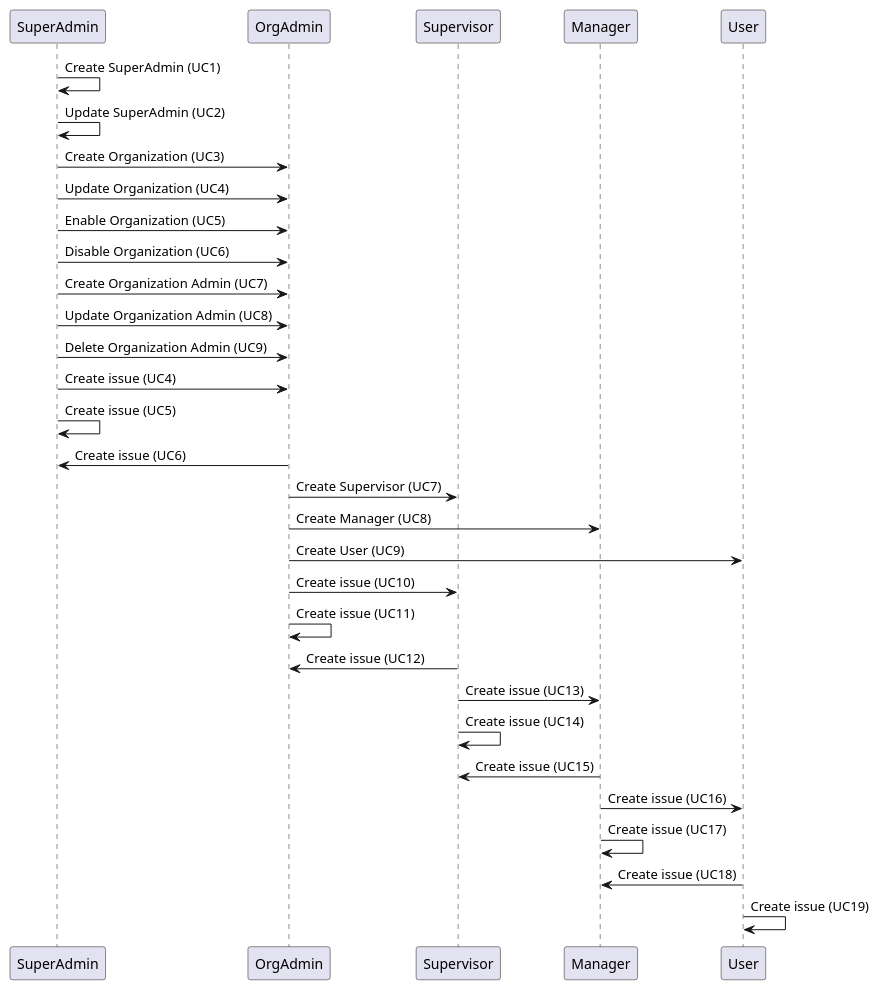
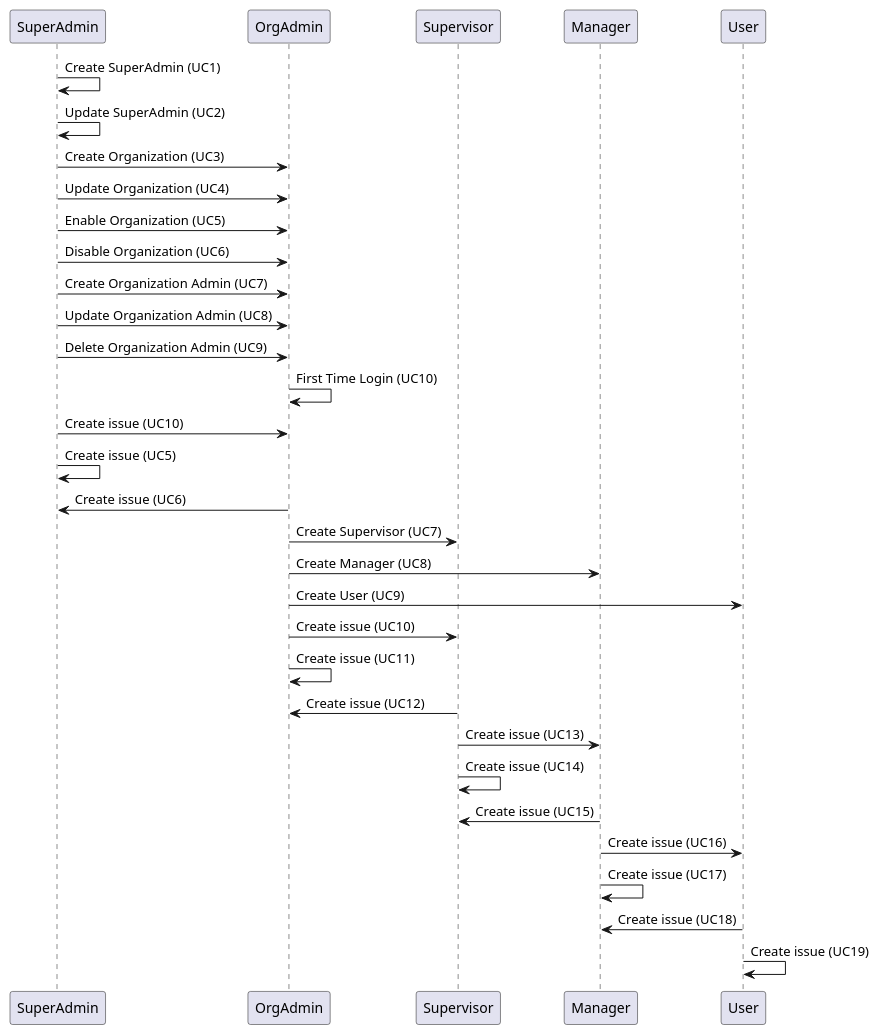
The diagram in documentation/all_usecases.wsd (wawerualbert/CodeHub), drawn with PlantUML before and after one commit.

Commit message:
update all use cases doc to include first time login

```diff
--- a/documentation/all_usecases.wsd
+++ b/documentation/all_usecases.wsd
@@ -1,45 +1,47 @@
 @startuml AllUseCases
 
 participant "SuperAdmin" as SuperAdmin
 SuperAdmin -> SuperAdmin:Create SuperAdmin (UC1)
 SuperAdmin -> SuperAdmin:Update SuperAdmin (UC2)
 
 SuperAdmin -> OrgAdmin:Create Organization (UC3)
 SuperAdmin -> OrgAdmin:Update Organization (UC4)
 SuperAdmin -> OrgAdmin:Enable Organization (UC5)
 SuperAdmin -> OrgAdmin:Disable Organization (UC6)
 
 SuperAdmin -> OrgAdmin:Create Organization Admin (UC7)
 SuperAdmin -> OrgAdmin:Update Organization Admin (UC8)
 SuperAdmin -> OrgAdmin:Delete Organization Admin (UC9)
 
-SuperAdmin -> OrgAdmin:Create issue (UC4)
+OrgAdmin -> OrgAdmin:First Time Login (UC10)
+
+SuperAdmin -> OrgAdmin:Create issue (UC10)
 SuperAdmin -> SuperAdmin:Create issue (UC5)
 
 OrgAdmin -> SuperAdmin:Create issue (UC6)
 
 OrgAdmin -> Supervisor:Create Supervisor (UC7)
 OrgAdmin -> Manager:Create Manager (UC8)
 OrgAdmin -> User:Create User (UC9)
 
 OrgAdmin -> Supervisor:Create issue (UC10)
 OrgAdmin -> OrgAdmin:Create issue (UC11)
 
 participant "Supervisor" as Supervisor
 Supervisor -> OrgAdmin:Create issue (UC12)
 Supervisor -> Manager:Create issue (UC13)
 Supervisor -> Supervisor:Create issue (UC14)
 
 
 participant "Manager" as Manager
 Manager -> Supervisor:Create issue (UC15)
 Manager -> User:Create issue (UC16)
 Manager -> Manager:Create issue (UC17)
 
 
 participant "User" as User
 User -> Manager:Create issue (UC18)
 User -> User:Create issue (UC19)
 
 
 @enduml
```
